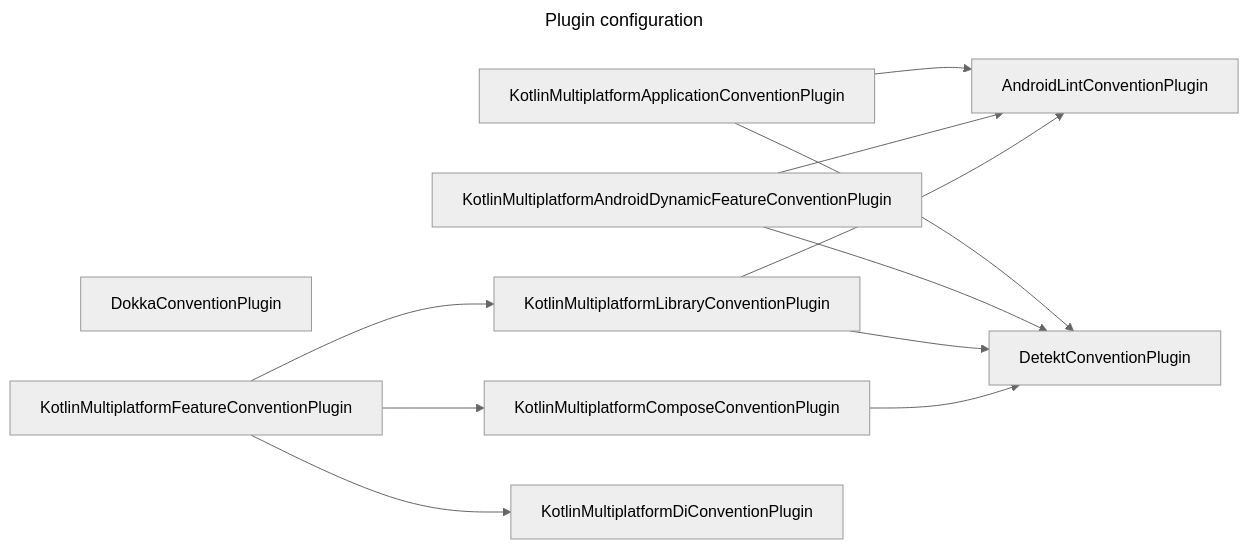
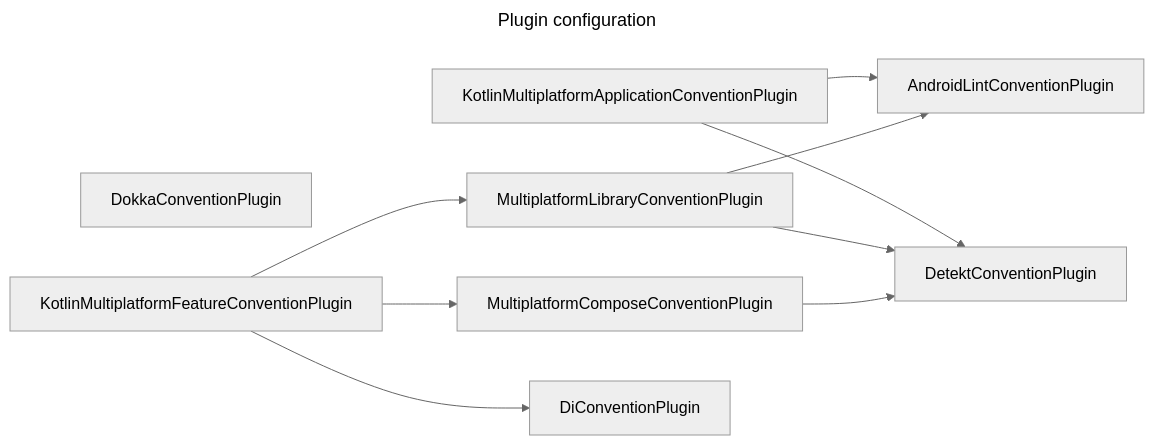
Before and after one commit to SorrowBlue/ComicViewer: the first of 2 diagrams in README.md, drawn with Mermaid (neutral theme). The commit also changed 171 other files, not shown here.

Commit message:
Migrate to android gradle plugin 9.0 (#970)

````diff
--- a/README.md
+++ b/README.md
@@ -25,25 +25,22 @@
 ```mermaid
 ---
 title: Plugin configuration
 ---
 graph LR
     DetektConventionPlugin
     DokkaConventionPlugin
 
     KotlinMultiplatformApplicationConventionPlugin --> AndroidLintConventionPlugin
     KotlinMultiplatformApplicationConventionPlugin --> DetektConventionPlugin
 
-    KotlinMultiplatformAndroidDynamicFeatureConventionPlugin --> AndroidLintConventionPlugin
-    KotlinMultiplatformAndroidDynamicFeatureConventionPlugin --> DetektConventionPlugin
+    MultiplatformLibraryConventionPlugin --> AndroidLintConventionPlugin
+    MultiplatformLibraryConventionPlugin --> DetektConventionPlugin
 
-    KotlinMultiplatformLibraryConventionPlugin --> AndroidLintConventionPlugin
-    KotlinMultiplatformLibraryConventionPlugin --> DetektConventionPlugin
+    MultiplatformComposeConventionPlugin --> DetektConventionPlugin
 
-    KotlinMultiplatformComposeConventionPlugin --> DetektConventionPlugin
+    DiConventionPlugin
 
-    KotlinMultiplatformDiConventionPlugin
-
-    KotlinMultiplatformFeatureConventionPlugin --> KotlinMultiplatformLibraryConventionPlugin
-    KotlinMultiplatformFeatureConventionPlugin --> KotlinMultiplatformComposeConventionPlugin
-    KotlinMultiplatformFeatureConventionPlugin --> KotlinMultiplatformDiConventionPlugin
+    KotlinMultiplatformFeatureConventionPlugin --> MultiplatformLibraryConventionPlugin
+    KotlinMultiplatformFeatureConventionPlugin --> MultiplatformComposeConventionPlugin
+    KotlinMultiplatformFeatureConventionPlugin --> DiConventionPlugin
 ```
````
